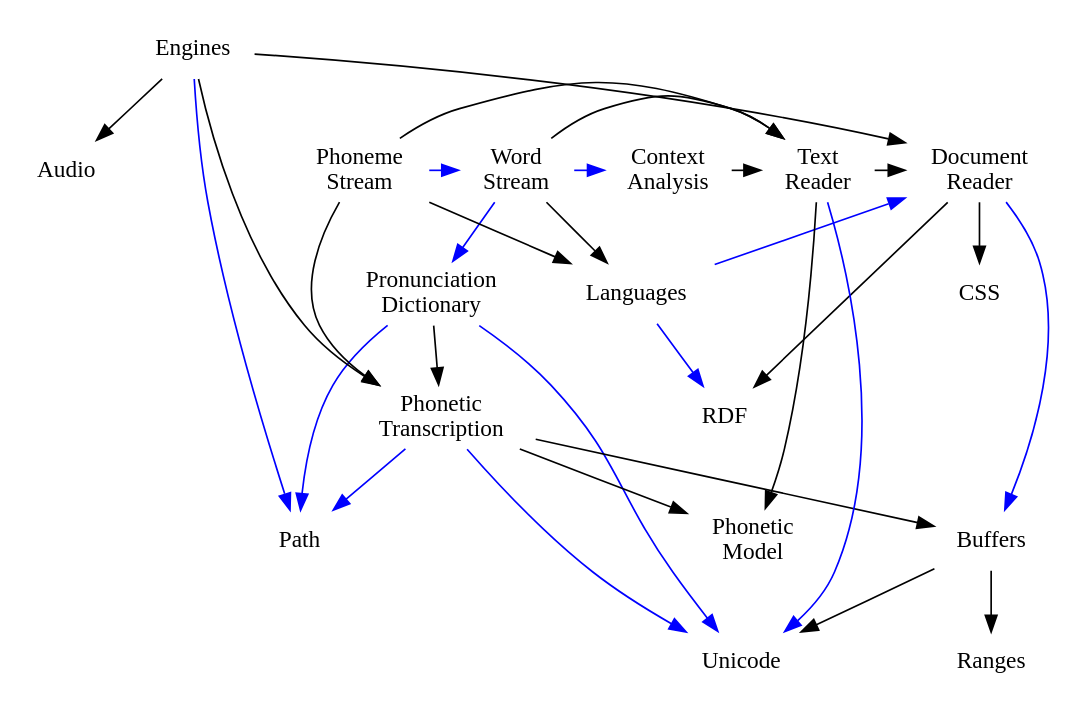
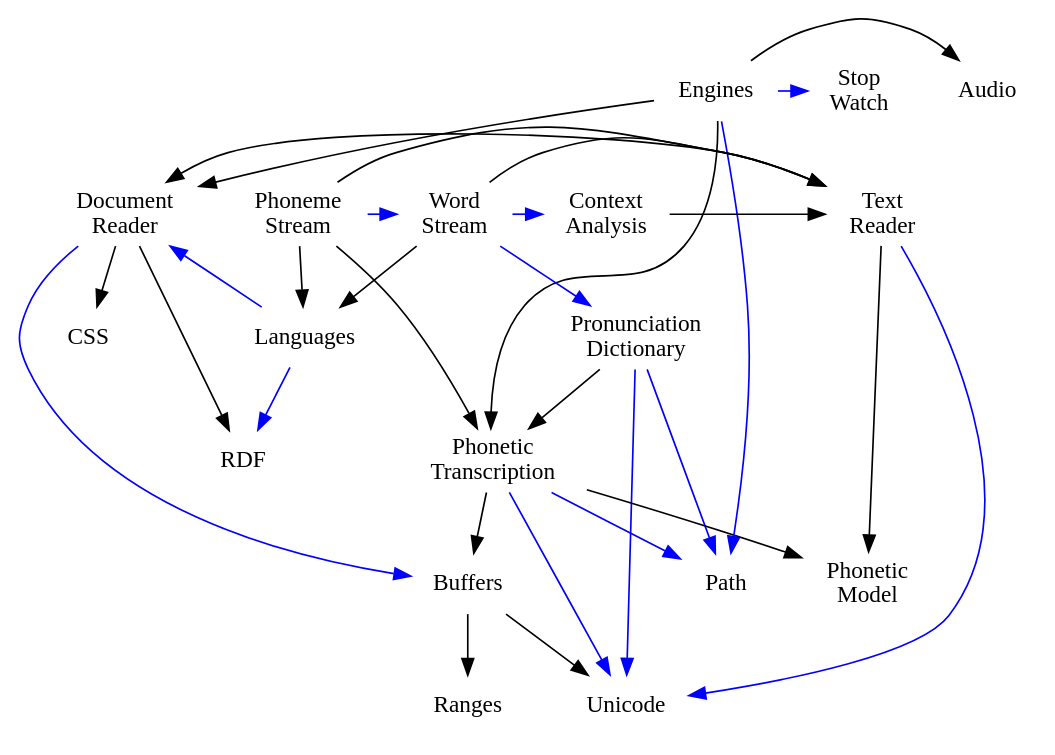
One commit to rhdunn/cainteoir-engine changed the diagram in docs/api/src/architecture.dot. Above: the diagram before and after it, drawn with Graphviz. The commit also changed 2 other files, not shown here.

Commit message:
api: put the stopwatch class into its own group

```diff
--- a/docs/api/src/architecture.dot
+++ b/docs/api/src/architecture.dot
@@ -1,77 +1,84 @@
 digraph "Architecture" {
 
-	audio                  [shape=none, label="Audio", URL="group__audio.html"]
 	buffers                [shape=none, label="Buffers", URL="group__buffers.html"]
 	css                    [shape=none, label="CSS", URL="group__css.html"]
 	dictionary             [shape=none, label="Pronunciation&#x0A;Dictionary", URL="group__dictionary.html"]
 	languages              [shape=none, label="Languages", URL="group__languages.html"]
 	path                   [shape=none, label="Path", URL="group__path.html"]
 	phoneme_model          [shape=none, label="Phonetic&#x0A;Model", URL="group__phoneme.html"]
 	phoneme_transcription  [shape=none, label="Phonetic&#x0A;Transcription", URL="group__phonetic__transcription.html"]
 	ranges                 [shape=none, label="Ranges", URL="group__ranges.html"]
 	rdf                    [shape=none, label="RDF", URL="group__rdf.html"]
+	unicode                [shape=none, label="Unicode", URL="group__unicode.html"]
+
+	subgraph { rank=same;
+
+	stopwatch              [shape=none, label="Stop&#x0A;Watch", URL="group__stopwatch.html"]
 	tts_engines            [shape=none, label="Engines", URL="group__tts__engines.html"]
-	unicode                [shape=none, label="Unicode", URL="group__unicode.html"]
+	audio                  [shape=none, label="Audio", URL="group__audio.html"]
+
+	}
 
 	subgraph { rank=same;
 
 	document_reader        [shape=none, label="Document&#x0A;Reader", URL="group__document__reader.html"]
 	text_reader            [shape=none, label="Text&#x0A;Reader", URL="group__text__reader.html"]
 	context_analysis       [shape=none, label="Context&#x0A;Analysis", URL="group__context__analysis.html"]
 	word_stream            [shape=none, label="Word&#x0A;Stream", URL="group__word__stream.html"]
 	phoneme_stream         [shape=none, label="Phoneme&#x0A;Stream", URL="group__phoneme__stream.html"]
 
 	}
 
 	// usage (API)
 
 	buffers -> ranges [color=black]
 	buffers -> unicode [color=black]
 
 	dictionary -> phoneme_transcription [color=black]
 
 	document_reader -> rdf     [color=black]
 	document_reader -> css     [color=black]
 
 	phoneme_transcription -> buffers [color=black]
 	phoneme_transcription -> phoneme_model [color=black]
 
 	text_reader -> phoneme_model [color=black]
 	text_reader -> document_reader [color=black]
 
 	context_analysis -> text_reader [color=black]
 
 	word_stream -> text_reader [color=black]
 	word_stream -> languages [color=black]
 
 	phoneme_stream -> text_reader [color=black]
 	phoneme_stream -> languages [color=black]
 	phoneme_stream -> phoneme_transcription [color=black]
 
 	tts_engines -> document_reader [color=black]
 	tts_engines -> audio [color=black]
 	tts_engines -> phoneme_transcription [color=black]
 
 	// usage (implementation)
 
 	dictionary -> path [color=blue]
 	dictionary -> unicode [color=blue]
 
 	document_reader -> buffers [color=blue]
 
 	languages -> rdf [color=blue]
 	languages -> document_reader [color=blue]
 
 	phoneme_transcription -> path [color=blue]
 	phoneme_transcription -> unicode [color=blue]
 
 	tts_engines -> path [color=blue]
+	tts_engines -> stopwatch [color=blue]
 
 	text_reader -> unicode [color=blue]
 
 	word_stream -> context_analysis [color=blue]
 	word_stream -> dictionary [color=blue]
 
 	phoneme_stream -> word_stream [color=blue]
 
 }
```
